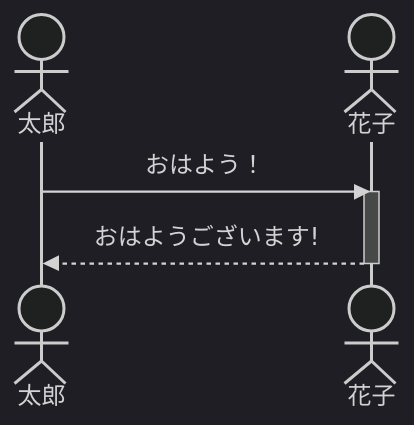
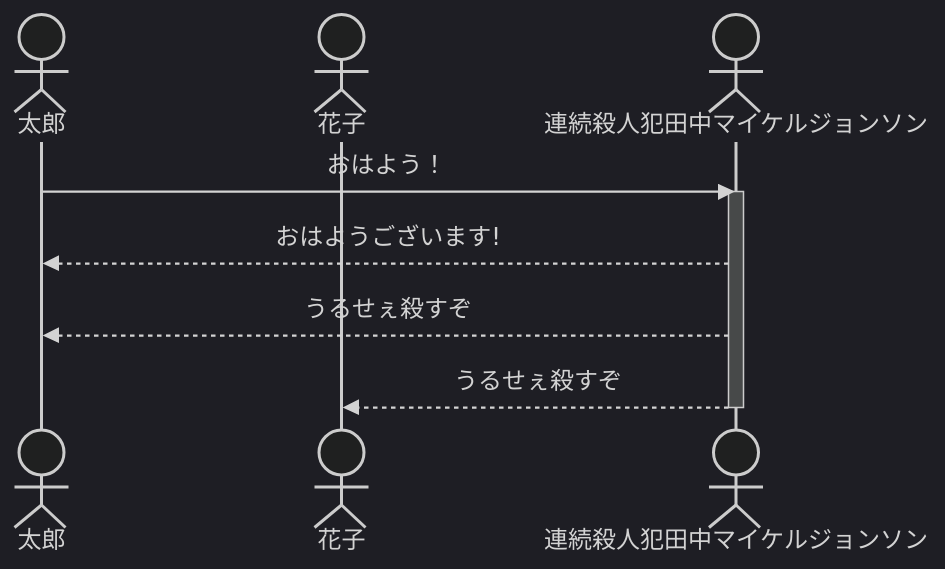
Before and after one commit to Buffsan/mermaid_test: the second of 3 diagrams in README.md, drawn with Mermaid (dark theme). The commit also changed other lines of this file, not shown here.

````diff
--- a/README.md
+++ b/README.md
@@ -33,9 +35,15 @@
 ```mermaid
 sequenceDiagram
     actor 太郎
     actor 花子
-    太郎->>花子: おはよう！
-    activate 花子
-    花子-->>太郎: おはようございます!
-    deactivate 花子
+    actor 連続殺人犯田中マイケルジョンソン
+    太郎->>連続殺人犯田中マイケルジョンソン: おはよう！
+    
+    activate 連続殺人犯田中マイケルジョンソン
+    連続殺人犯田中マイケルジョンソン-->>太郎: おはようございます!
+    
+    連続殺人犯田中マイケルジョンソン-->>太郎:うるせぇ殺すぞ
+    連続殺人犯田中マイケルジョンソン-->>花子:うるせぇ殺すぞ
+    
+    deactivate 連続殺人犯田中マイケルジョンソン
 ```
````
